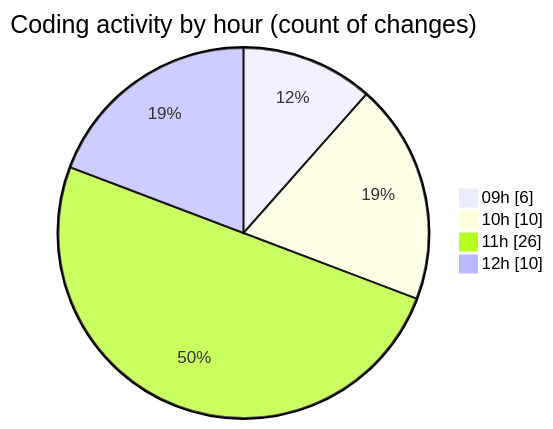
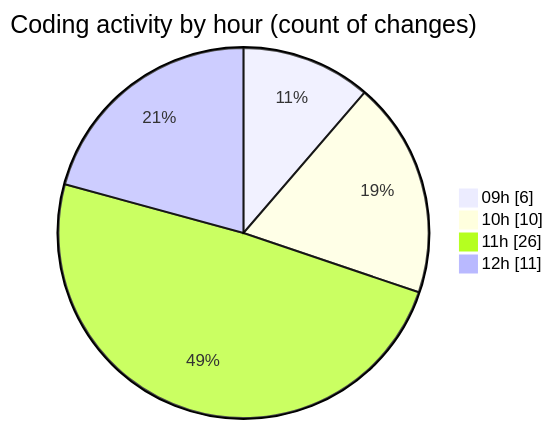
Before and after one commit to momahboobian/code-tracking: the second of 2 diagrams in 2026-01-15/cda/README.md, drawn with Mermaid. The commit also changed other lines of this file and 1 other file, not shown here.

````diff
--- a/2026-01-15/cda/README.md
+++ b/2026-01-15/cda/README.md
@@ -42,8 +44,8 @@
 ```mermaid
 pie showData
 title Coding activity by hour (count of changes)
 "09h" : 6
 "10h" : 10
 "11h" : 26
-"12h" : 10
+"12h" : 11
 ```
````
